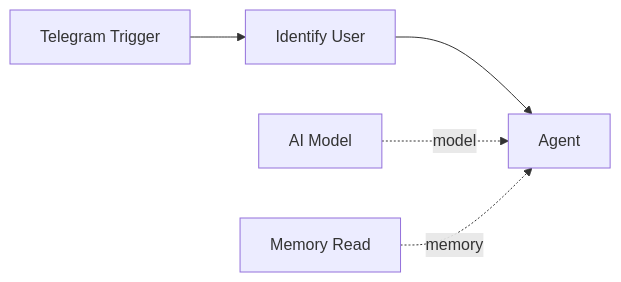
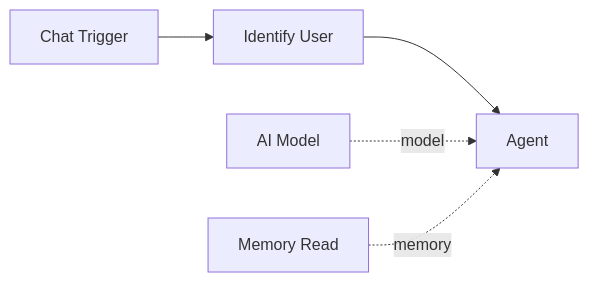
Before and after one commit to theuselessai/Pipelit: the diagram in docs-site/docs/components/memory/identify-user.md, drawn with Mermaid. The commit also changed other lines of this file and 58 other files, not shown here.

````diff
--- a/docs-site/docs/components/memory/identify-user.md
+++ b/docs-site/docs/components/memory/identify-user.md
@@ -65,7 +65,7 @@
 ```mermaid
 flowchart LR
-    T[Telegram Trigger] --> IU[Identify User]
+    T[Chat Trigger] --> IU[Identify User]
     IU --> A[Agent]
     M[AI Model] -.->|model| A
     MR[Memory Read] -.->|memory| A
 ```
````
